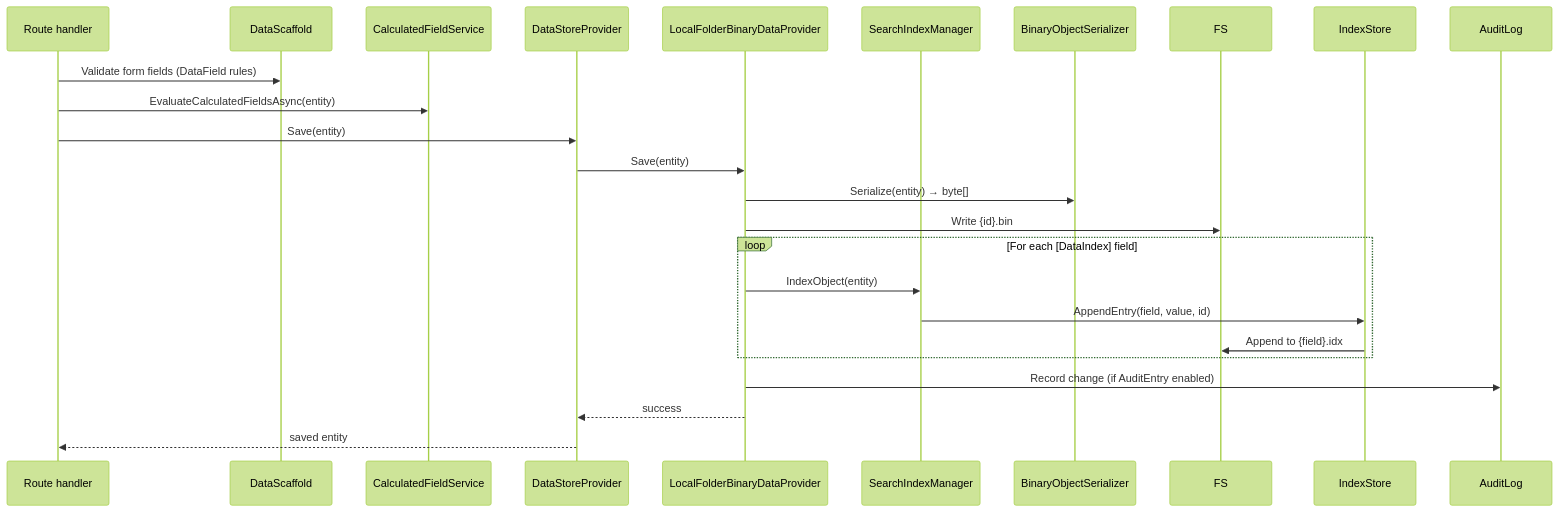
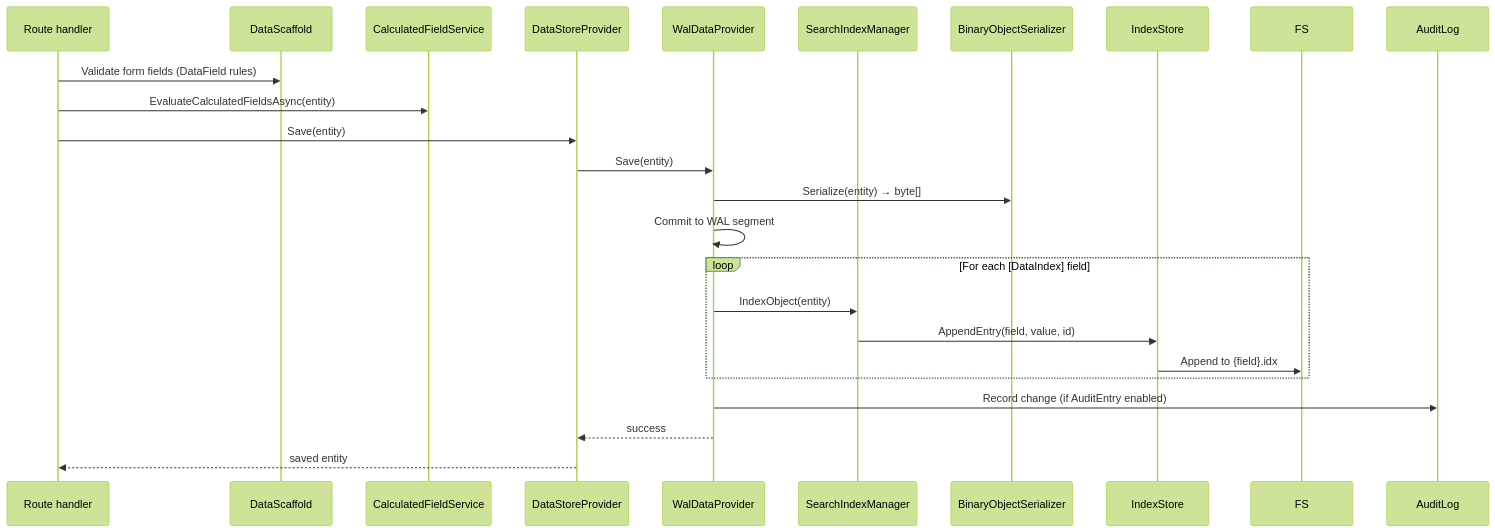
One commit to WillEastbury/BareMetalWeb changed the fifth of 8 diagrams in docs/architecture/data-layer.md. Above: the diagram before and after it, drawn with Mermaid (forest theme). The commit also changed other lines of this file and 3 other files, not shown here.

````diff
--- a/docs/architecture/data-layer.md
+++ b/docs/architecture/data-layer.md
@@ -156,25 +138,25 @@
 ```mermaid
 sequenceDiagram
     participant H as Route handler
     participant SC as DataScaffold
     participant CF as CalculatedFieldService
     participant DS as DataStoreProvider
-    participant LFB as LocalFolderBinaryDataProvider
+    participant WAL as WalDataProvider
     participant SIM as SearchIndexManager
     participant BOS as BinaryObjectSerializer
 
     H->>SC: Validate form fields (DataField rules)
     H->>CF: EvaluateCalculatedFieldsAsync(entity)
     H->>DS: Save(entity)
-    DS->>LFB: Save(entity)
-    LFB->>BOS: Serialize(entity) → byte[]
-    LFB->>FS: Write {id}.bin
+    DS->>WAL: Save(entity)
+    WAL->>BOS: Serialize(entity) → byte[]
+    WAL->>WAL: Commit to WAL segment
     loop For each [DataIndex] field
-        LFB->>SIM: IndexObject(entity)
+        WAL->>SIM: IndexObject(entity)
         SIM->>IndexStore: AppendEntry(field, value, id)
         IndexStore->>FS: Append to {field}.idx
     end
-    LFB->>AuditLog: Record change (if AuditEntry enabled)
-    LFB-->>DS: success
+    WAL->>AuditLog: Record change (if AuditEntry enabled)
+    WAL-->>DS: success
     DS-->>H: saved entity
 ```
````
